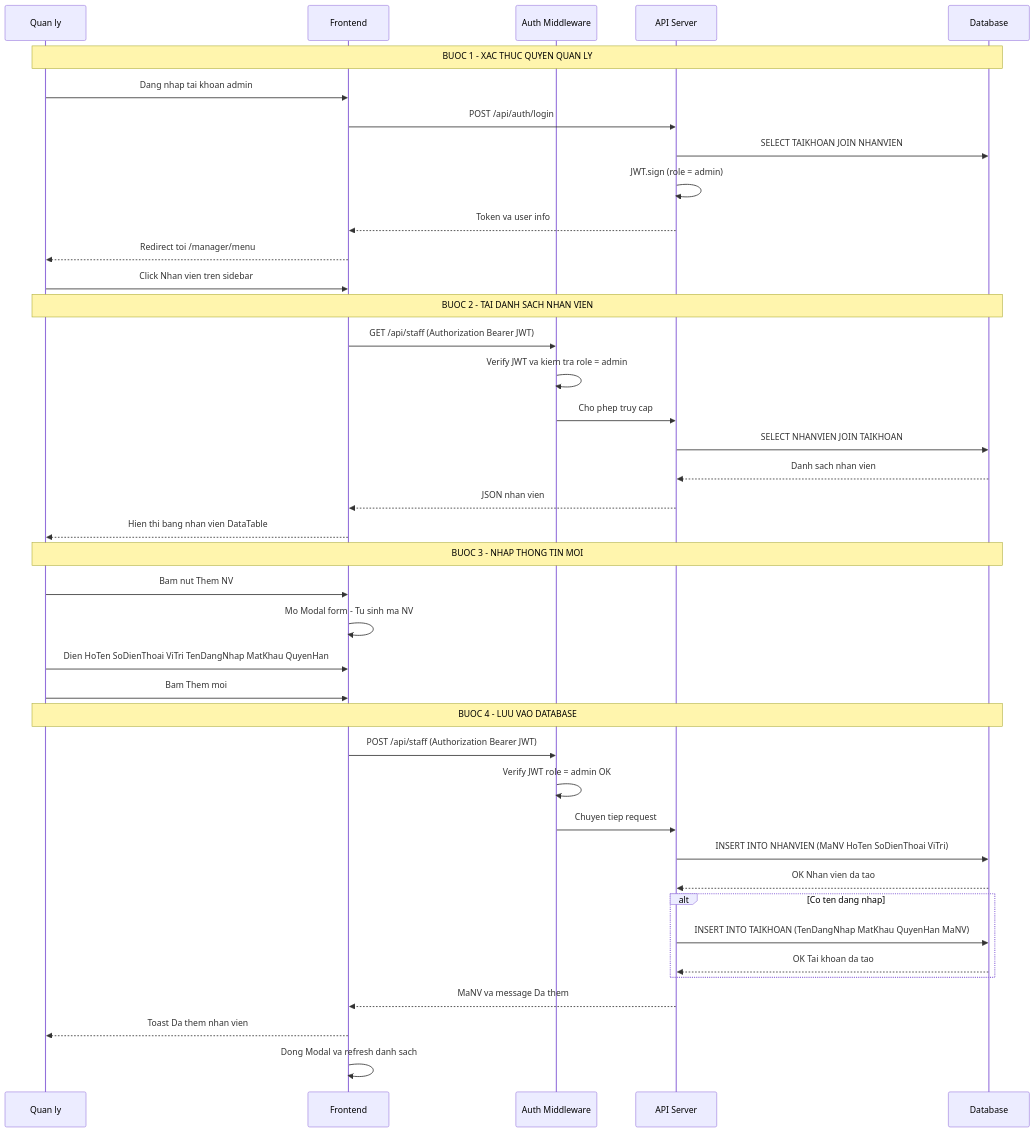
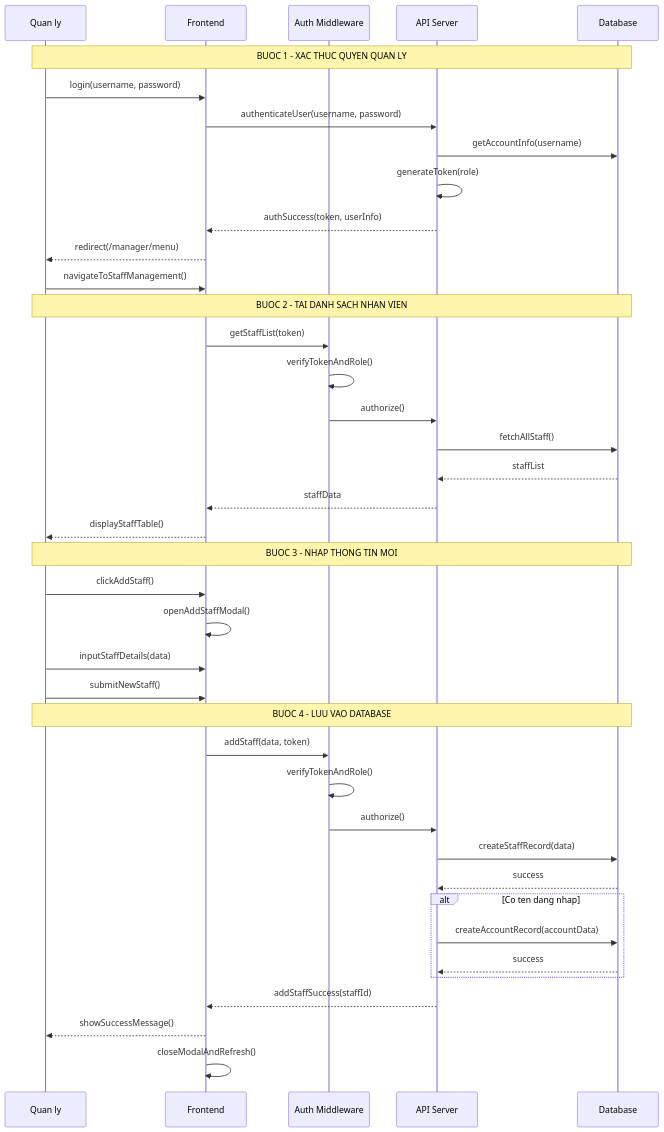
One commit to tahpnart8/demo-pttkht-Nhom2IT0001 changed the ninth of 10 diagrams in docs/so-do-he-thong.md. Above: the diagram before and after it, drawn with Mermaid. The commit also changed other lines of this file, not shown here.

Commit message:
Sửa lại sơ đồ sequence

````diff
--- a/docs/so-do-he-thong.md
+++ b/docs/so-do-he-thong.md
@@ -440,46 +440,46 @@
 ```mermaid
 sequenceDiagram
     participant QL as Quan ly
     participant FE as Frontend
     participant MW as Auth Middleware
     participant API as API Server
     participant DB as Database
 
     Note over QL,DB: BUOC 1 - XAC THUC QUYEN QUAN LY
-    QL->>FE: Dang nhap tai khoan admin
-    FE->>API: POST /api/auth/login
-    API->>DB: SELECT TAIKHOAN JOIN NHANVIEN
-    API->>API: JWT.sign (role = admin)
-    API-->>FE: Token va user info
-    FE-->>QL: Redirect toi /manager/menu
-    QL->>FE: Click Nhan vien tren sidebar
+    QL->>FE: login(username, password)
+    FE->>API: authenticateUser(username, password)
+    API->>DB: getAccountInfo(username)
+    API->>API: generateToken(role)
+    API-->>FE: authSuccess(token, userInfo)
+    FE-->>QL: redirect(/manager/menu)
+    QL->>FE: navigateToStaffManagement()
 
     Note over QL,DB: BUOC 2 - TAI DANH SACH NHAN VIEN
-    FE->>MW: GET /api/staff (Authorization Bearer JWT)
-    MW->>MW: Verify JWT va kiem tra role = admin
-    MW->>API: Cho phep truy cap
-    API->>DB: SELECT NHANVIEN JOIN TAIKHOAN
-    DB-->>API: Danh sach nhan vien
-    API-->>FE: JSON nhan vien
-    FE-->>QL: Hien thi bang nhan vien DataTable
+    FE->>MW: getStaffList(token)
+    MW->>MW: verifyTokenAndRole()
+    MW->>API: authorize()
+    API->>DB: fetchAllStaff()
+    DB-->>API: staffList
+    API-->>FE: staffData
+    FE-->>QL: displayStaffTable()
 
     Note over QL,DB: BUOC 3 - NHAP THONG TIN MOI
-    QL->>FE: Bam nut Them NV
-    FE->>FE: Mo Modal form - Tu sinh ma NV
-    QL->>FE: Dien HoTen SoDienThoai ViTri TenDangNhap MatKhau QuyenHan
-    QL->>FE: Bam Them moi
+    QL->>FE: clickAddStaff()
+    FE->>FE: openAddStaffModal()
+    QL->>FE: inputStaffDetails(data)
+    QL->>FE: submitNewStaff()
 
     Note over QL,DB: BUOC 4 - LUU VAO DATABASE
-    FE->>MW: POST /api/staff (Authorization Bearer JWT)
-    MW->>MW: Verify JWT role = admin OK
-    MW->>API: Chuyen tiep request
-    API->>DB: INSERT INTO NHANVIEN (MaNV HoTen SoDienThoai ViTri)
-    DB-->>API: OK Nhan vien da tao
+    FE->>MW: addStaff(data, token)
+    MW->>MW: verifyTokenAndRole()
+    MW->>API: authorize()
+    API->>DB: createStaffRecord(data)
+    DB-->>API: success
     alt Co ten dang nhap
-        API->>DB: INSERT INTO TAIKHOAN (TenDangNhap MatKhau QuyenHan MaNV)
-        DB-->>API: OK Tai khoan da tao
+        API->>DB: createAccountRecord(accountData)
+        DB-->>API: success
     end
-    API-->>FE: MaNV va message Da them
-    FE-->>QL: Toast Da them nhan vien
-    FE->>FE: Dong Modal va refresh danh sach
+    API-->>FE: addStaffSuccess(staffId)
+    FE-->>QL: showSuccessMessage()
+    FE->>FE: closeModalAndRefresh()
 ```
````
